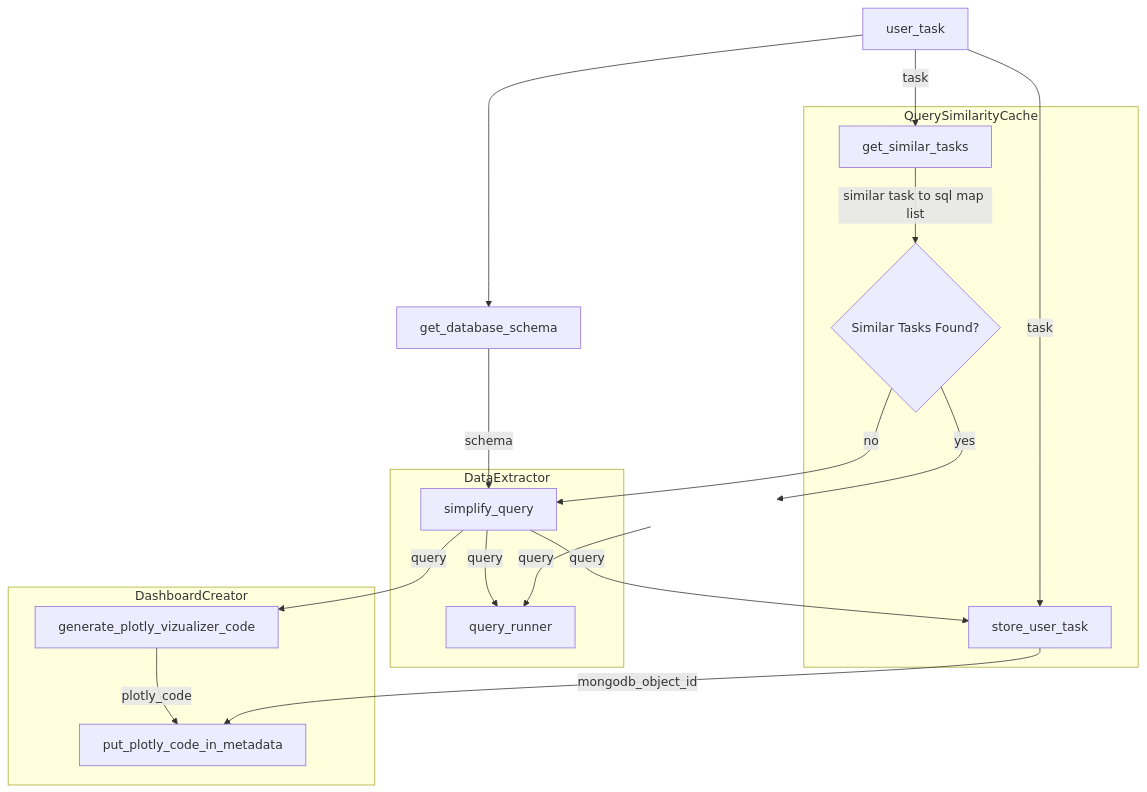
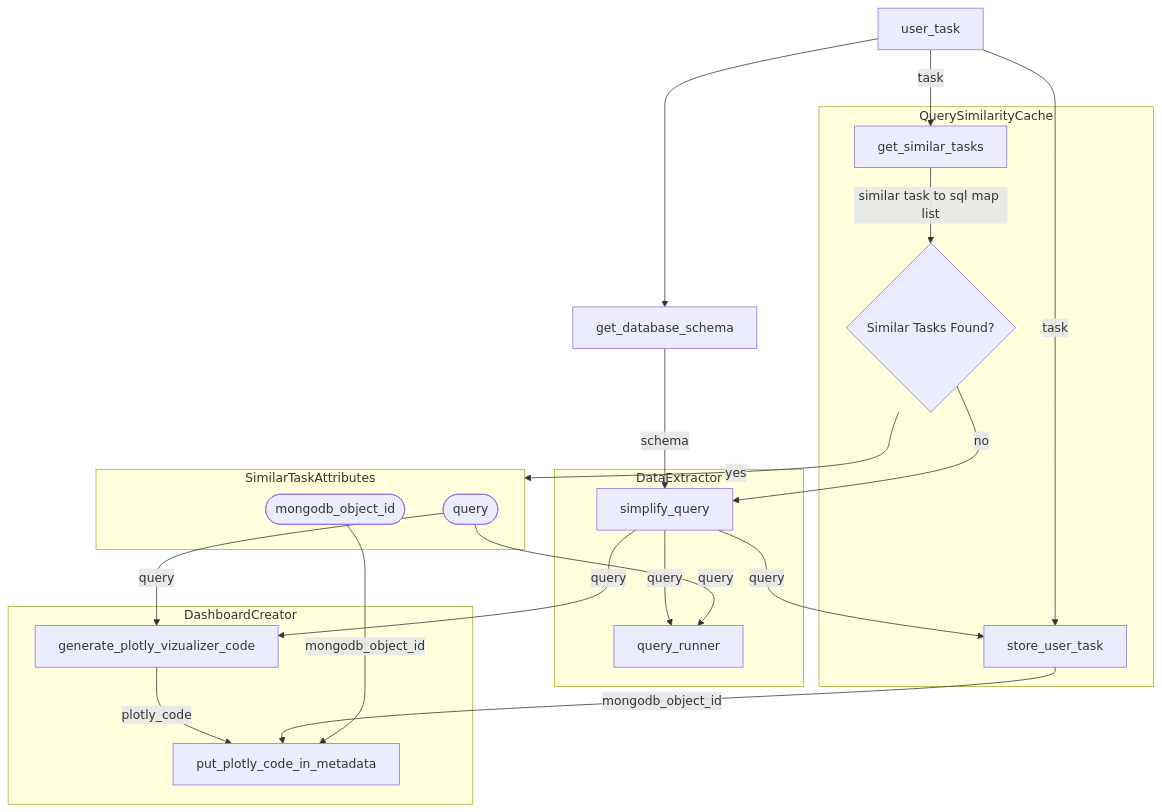
Before and after one commit to sandipto-sanyal/agentic-sql-chatbot-be: the diagram in orchestrator_flow_plotly.mmd, drawn with Mermaid. The commit also changed 18 other files, not shown here.

```diff
--- a/orchestrator_flow_plotly.mmd
+++ b/orchestrator_flow_plotly.mmd
@@ -1,28 +1,36 @@
 flowchart TD
     subgraph DataExtractor
         DE1["simplify_query"]
         DE2["query_runner"]
         DE1 --> |query|DE2
   
     end
     subgraph QuerySimilarityCache
         QSC1["get_similar_tasks"]
         QSC2{"Similar Tasks Found?"}
         QSC1 --> |"similar task to sql map list"|QSC2
         QSC3["store_user_task"]
     end
 
     subgraph DashboardCreator
         DC1["generate_plotly_vizualizer_code"] --> |plotly_code|DC2["put_plotly_code_in_metadata"]
     end
+
+    subgraph SimilarTaskAttributes
+        STA1([mongodb_object_id])
+        STA2([query])
+    end
     A["user_task"] --> |task| QSC1
     A --> B["get_database_schema"]
     B --> |schema| DE1
-    QSC2 --> |yes|DE2_Dummy
-    DE2_Dummy --> |query|DE2
+    QSC2 --> |yes|SimilarTaskAttributes
+    STA2 --> |query|DE2
     QSC2 --> |no|DE1
     A --> |task|QSC3
     DE1 --> |query|QSC3
     DE1 --> |query|DC1
     QSC3 --> |mongodb_object_id|DC2
-    style DE2_Dummy fill:none,stroke:none,color:transparent
+
+    STA2 --> |query|DC1
+    STA1 --> |mongodb_object_id|DC2
+    %% style SimilarTaskAttributes fill:none,stroke:none,color:transparent
```
